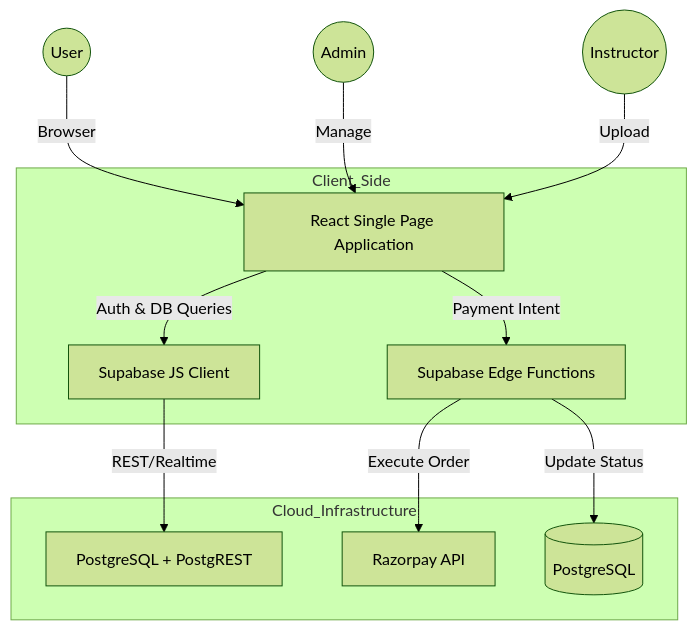
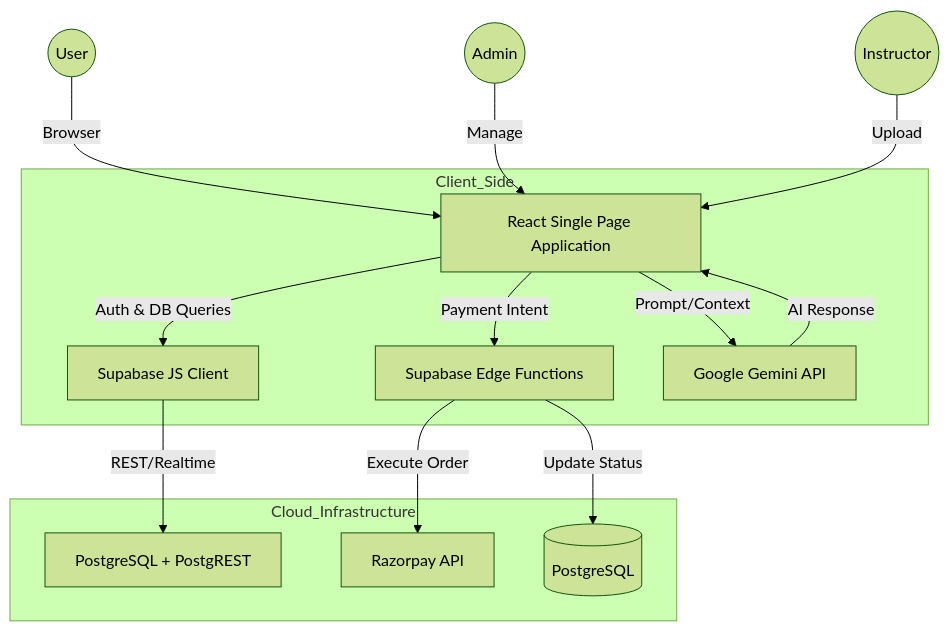
Before and after one commit to SubhradeepNathGit/WebBeetles: the diagram in README.md, drawn with Mermaid (forest theme). The commit also changed other lines of this file, not shown here.

````diff
--- a/README.md
+++ b/README.md
@@ -70,18 +69,20 @@
 ```mermaid
 graph TD
     User((User)) -->|Browser| Frontend[React Single Page Application]
     
     subgraph Client_Side
         Frontend -->|Auth & DB Queries| SupabaseSDK[Supabase JS Client]
         Frontend -->|Payment Intent| EdgeFunctions[Supabase Edge Functions]
+        Frontend -->|Prompt/Context| GeminiAPI[Google Gemini API]
     end
     
     subgraph Cloud_Infrastructure
         SupabaseSDK -->|REST/Realtime| SupabaseREST[PostgreSQL + PostgREST]
         EdgeFunctions -->|Execute Order| RazorpayAPI[Razorpay API]
         EdgeFunctions -->|Update Status| SupabaseDB[(PostgreSQL)]
+        GeminiAPI -->|AI Response| Frontend
     end
     
     Admin((Admin)) -->|Manage| Frontend
     Instructor((Instructor)) -->|Upload| Frontend
 ```
````
